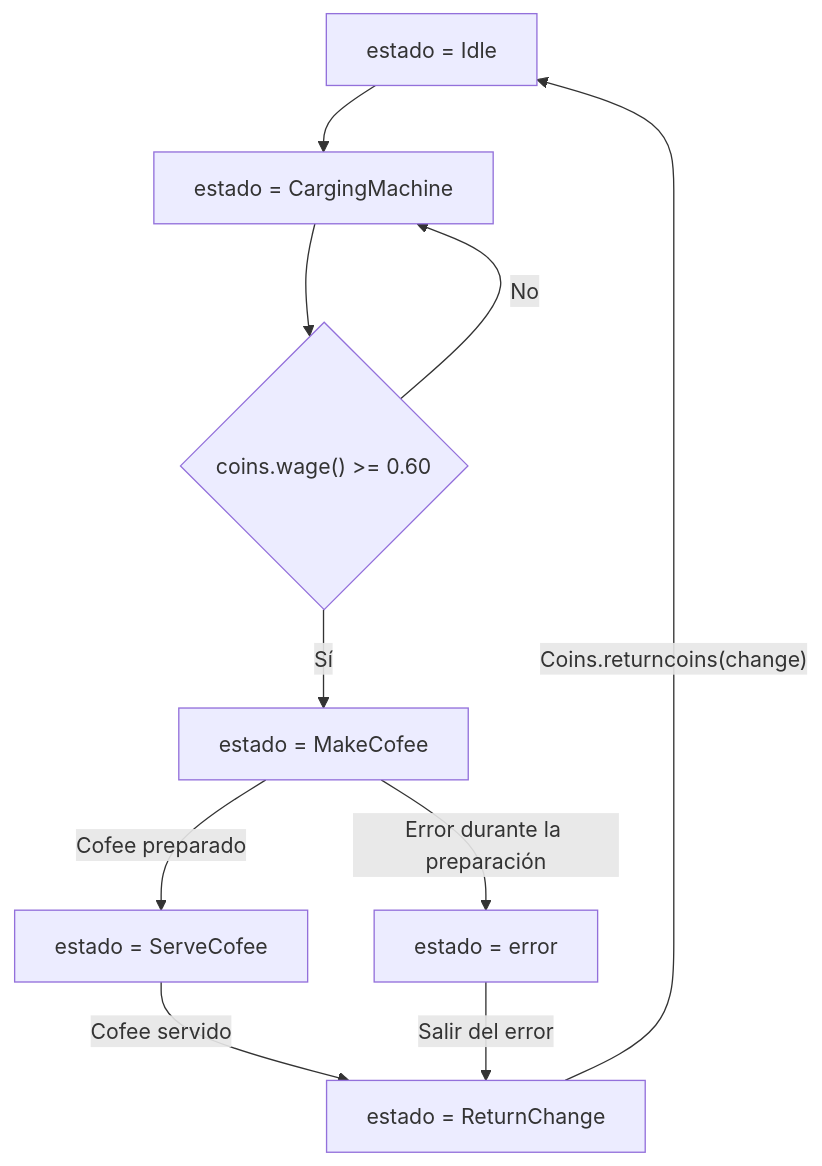
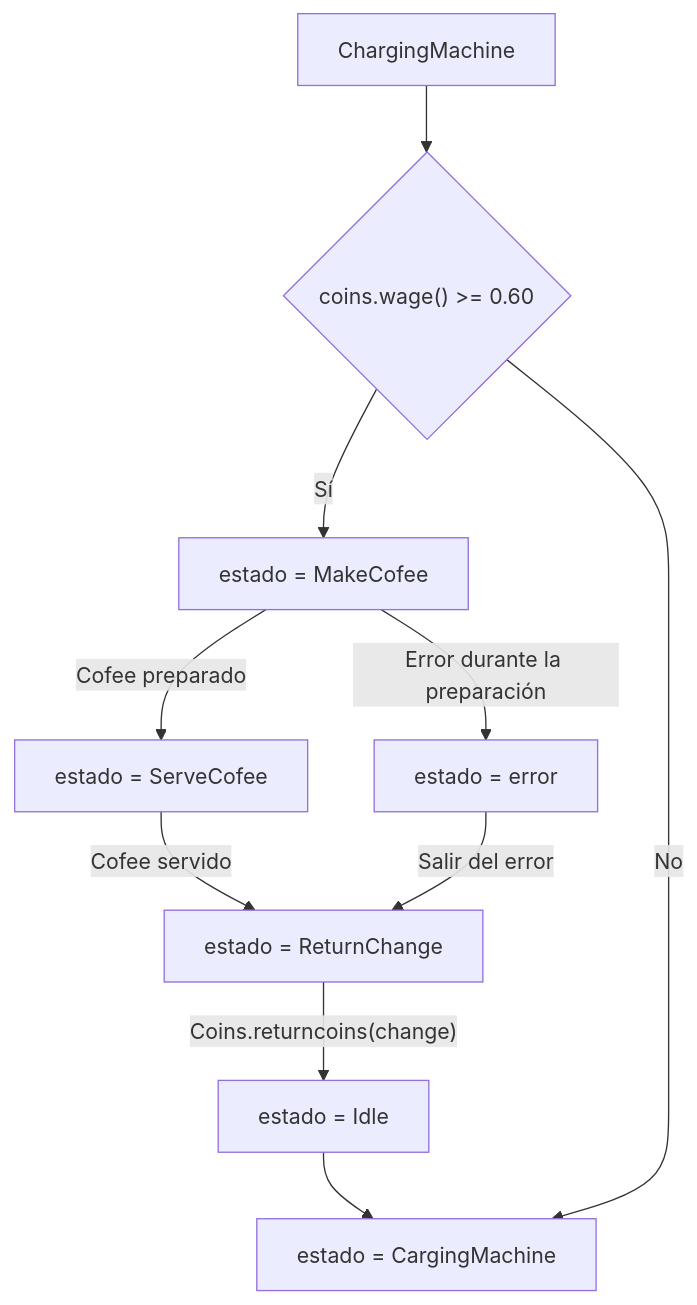
One commit to anxovaz/maquina-cafe changed the first of 3 diagrams in README.md. Above: the diagram before and after it, drawn with Mermaid. The commit also changed other lines of this file, not shown here.

````diff
--- a/README.md
+++ b/README.md
@@ -6,13 +6,13 @@
 ```mermaid
 flowchart TD
     Idle["estado = Idle"] --> CargingMachine["estado = CargingMachine"]
-    CargingMachine --> CoinsCheck
+    ChargingMachine --> CoinsCheck
     CoinsCheck{"coins.wage() >= 0.60"}
     CoinsCheck -->|Sí| MakeCofee["estado = MakeCofee"]
     CoinsCheck -->|No| CargingMachine
     MakeCofee -->|Cofee preparado| ServeCofee["estado = ServeCofee"]
     MakeCofee -->|Error durante la preparación| Error["estado = error"]
     ServeCofee -->|Cofee servido| ReturnChange["estado = ReturnChange"]
     Error -->|Salir del error| ReturnChange
     ReturnChange -->|"Coins.returncoins(change)"| Idle
 ```
````
